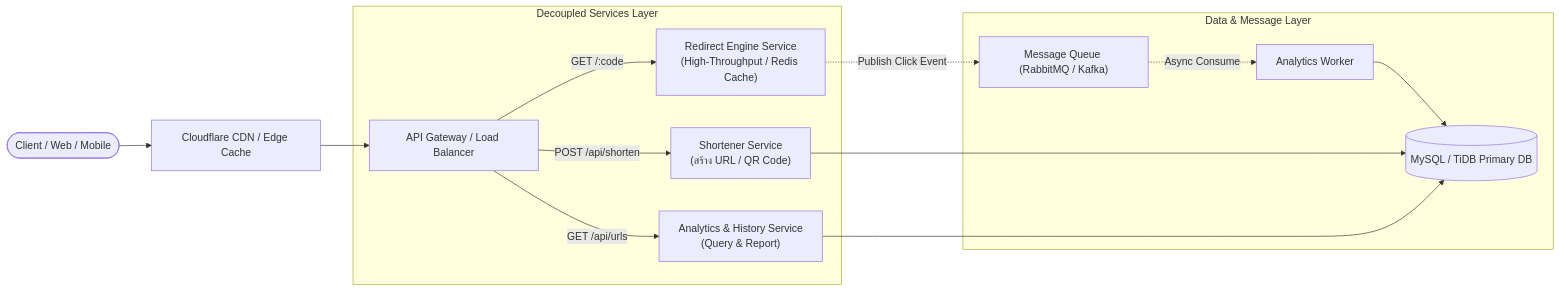
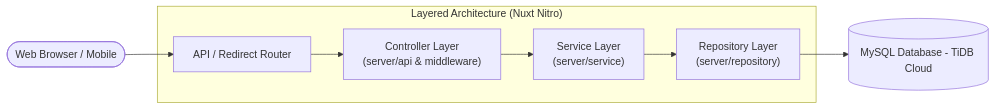
The third of 3 diagrams in README.md (Peerapat2256/synerrytest_Short_URL-), drawn with Mermaid before and after one commit. The commit also changed other lines of this file and 16 other files, not shown here.

````diff
--- a/README.md
+++ b/README.md
@@ -94,19 +90,12 @@
 ```mermaid
 flowchart LR
-    Client([Client / Web / Mobile]) --> CDN[Cloudflare CDN / Edge Cache]
-    CDN --> Gateway[API Gateway / Load Balancer]
+    Client([Web Browser / Mobile]) --> Gateway[API / Redirect Router]
 
-    subgraph Microservices_Layer ["Decoupled Services Layer"]
-        Gateway -->|POST /api/shorten| S1["Shortener Service\n(สร้าง URL / QR Code)"]
-        Gateway -->|GET /:code| S2["Redirect Engine Service\n(High-Throughput / Redis Cache)"]
-        Gateway -->|GET /api/urls| S3["Analytics & History Service\n(Query & Report)"]
+    subgraph Application_Layers ["Layered Architecture (Nuxt Nitro)"]
+        Gateway --> Controller["Controller Layer\n(server/api & middleware)"]
+        Controller --> Service["Service Layer\n(server/service)"]
+        Service --> Repository["Repository Layer\n(server/repository)"]
     end
 
-    subgraph Storage_Layer ["Data & Message Layer"]
-        S2 -.->|Publish Click Event| Queue["Message Queue (RabbitMQ / Kafka)"]
-        Queue -.->|Async Consume| Worker["Analytics Worker"]
-        Worker --> DB[(MySQL / TiDB Primary DB)]
-        S1 --> DB
-        S3 --> DB
-    end
+    Repository --> DB[(MySQL Database - TiDB Cloud)]
 ```
````
